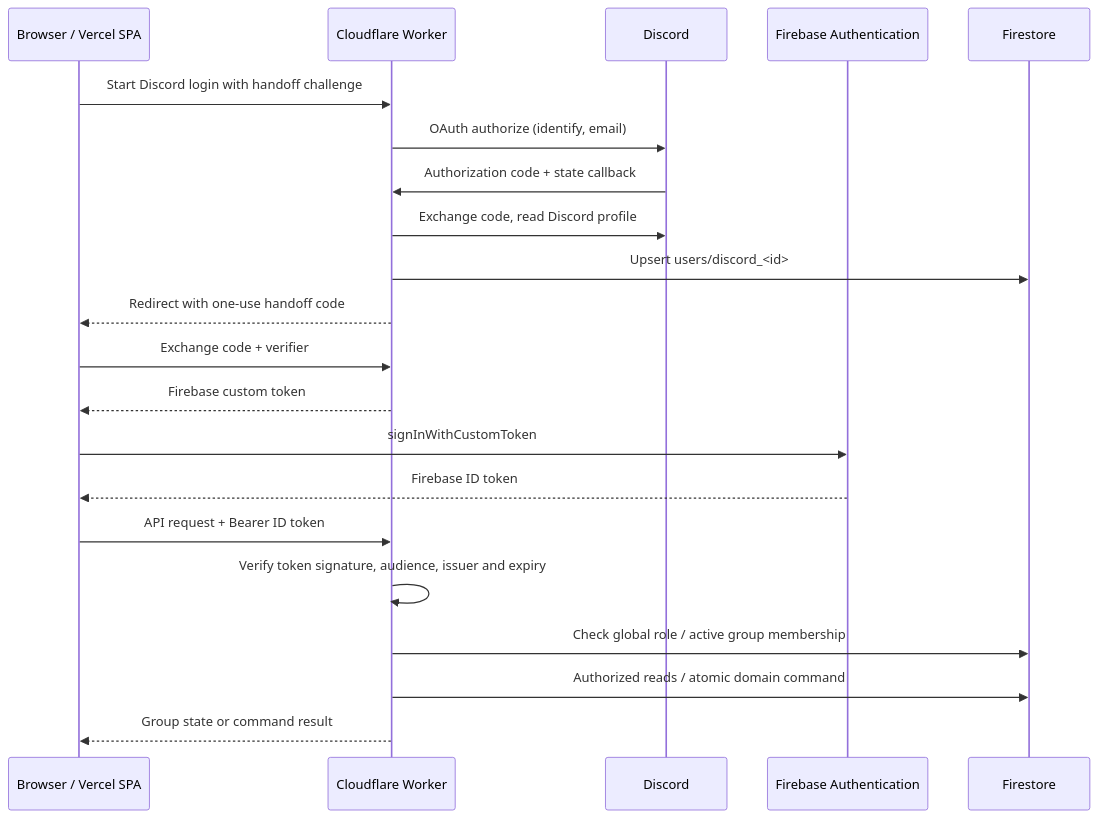
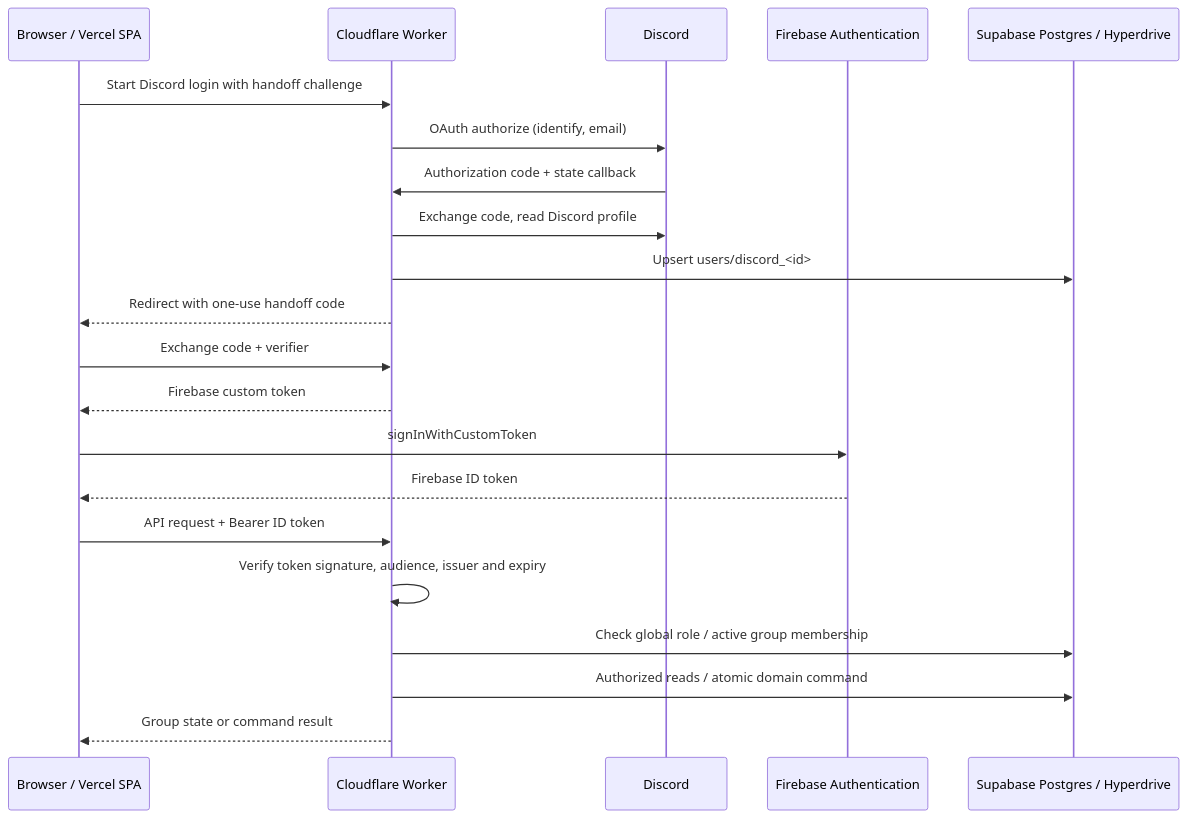
The first of 2 diagrams in docs/integrations.md (dqhieuu/split-food-bill), drawn with Mermaid before and after one commit. The commit also changed other lines of this file and 25 other files, not shown here.

````diff
--- a/docs/integrations.md
+++ b/docs/integrations.md
@@ -7,23 +7,23 @@
 ```mermaid
 sequenceDiagram
     participant B as Browser / Vercel SPA
     participant W as Cloudflare Worker
     participant D as Discord
     participant A as Firebase Authentication
-    participant F as Firestore
+    participant F as Supabase Postgres / Hyperdrive
     B->>W: Start Discord login with handoff challenge
     W->>D: OAuth authorize (identify, email)
     D->>W: Authorization code + state callback
     W->>D: Exchange code, read Discord profile
     W->>F: Upsert users/discord_<id>
     W-->>B: Redirect with one-use handoff code
     B->>W: Exchange code + verifier
     W-->>B: Firebase custom token
     B->>A: signInWithCustomToken
     A-->>B: Firebase ID token
     B->>W: API request + Bearer ID token
     W->>W: Verify token signature, audience, issuer and expiry
     W->>F: Check global role / active group membership
     W->>F: Authorized reads / atomic domain command
     W-->>B: Group state or command result
 ```
````
